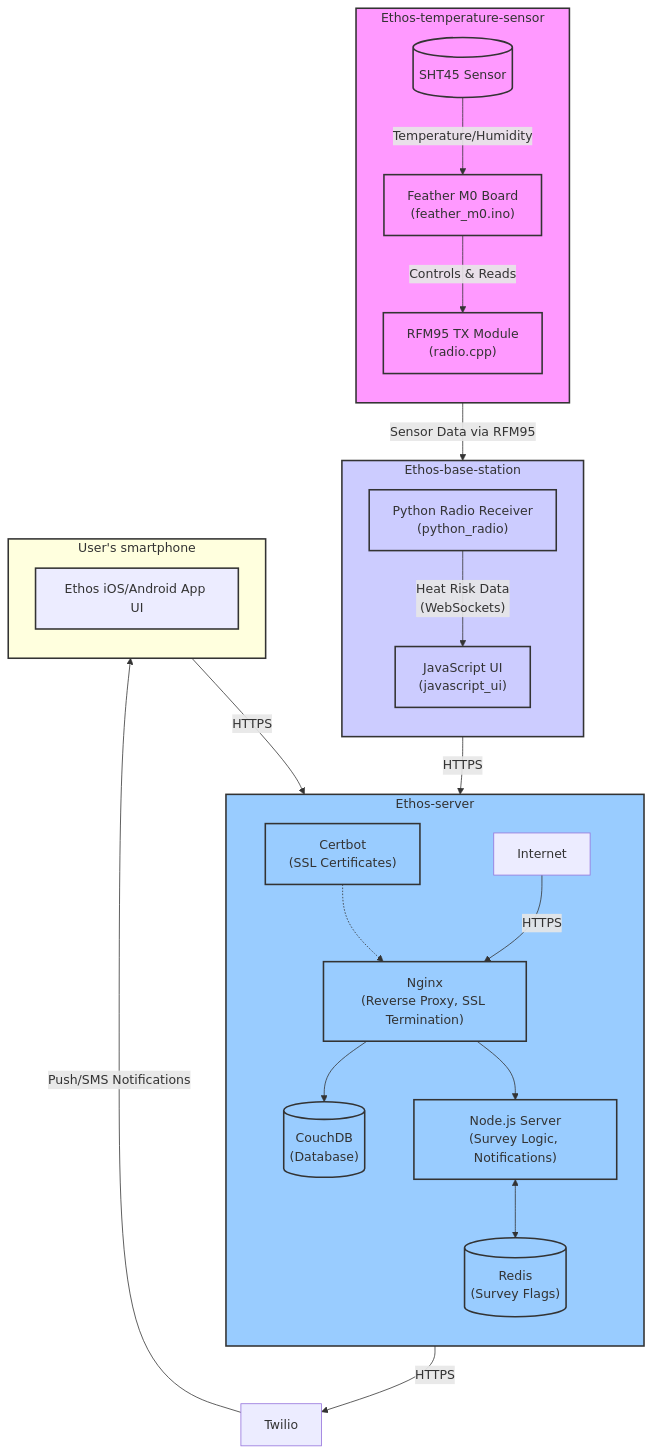
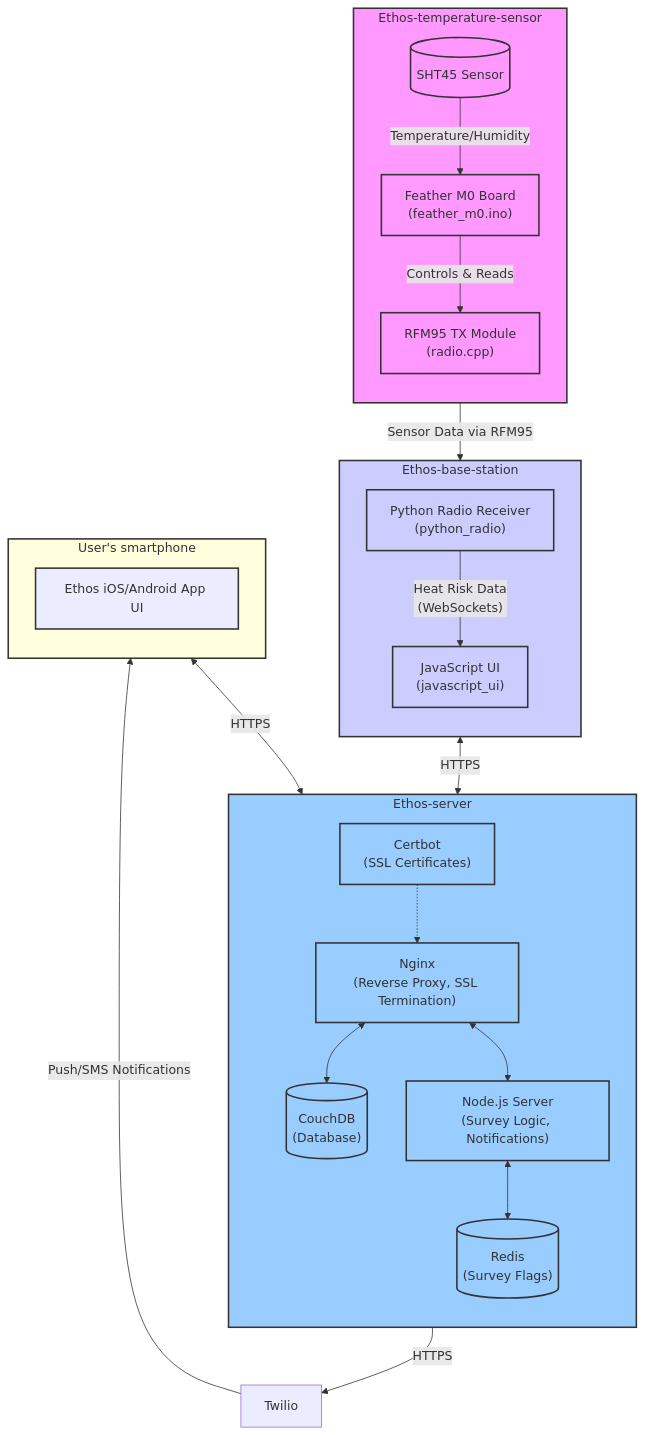
The diagram in docs/index.md (climate-ethos/ethos-overview-documentation), drawn with Mermaid before and after one commit.

Commit message:
Arrow tweaks

````diff
--- a/docs/index.md
+++ b/docs/index.md
@@ -20,69 +20,68 @@
 ``` mermaid
 graph TD
     %% External Elements
     twilio[Twilio]
 
     %% Ethos-temperature-sensor
     subgraph ETS [Ethos-temperature-sensor]
         direction TB
         sht45[("SHT45 Sensor")]
         feather_m0["Feather M0 Board<br>(feather_m0.ino)"]
         radio_tx["RFM95 TX Module<br>(radio.cpp)"]
 
         sht45 -- Temperature/Humidity --> feather_m0
         feather_m0 -- Controls & Reads --> radio_tx
     end
 
     %% Ethos-base-station
     subgraph EBS [Ethos-base-station]
         direction TB
         bs_python_radio["Python Radio Receiver<br>(python_radio)"]
         bs_js_ui["JavaScript UI<br>(javascript_ui)"]
 
         bs_python_radio -- "Heat Risk Data<br>(WebSockets)" --> bs_js_ui
     end
 
     %% Ethos-server (Dockerized)
     subgraph ES [Ethos-server]
         direction TB
         srv_nginx["Nginx<br>(Reverse Proxy, SSL Termination)"]
         srv_certbot["Certbot<br>(SSL Certificates)"]
         srv_couchdb[("CouchDB<br>(Database)")]
         srv_nodejs["Node.js Server<br>(Survey Logic, Notifications)"]
         srv_redis[("Redis<br>(Survey Flags)")]
 
         srv_certbot -.-> srv_nginx
-        Internet -- HTTPS --> srv_nginx
-        srv_nginx --> srv_couchdb
-        srv_nginx --> srv_nodejs
+        srv_nginx <--> srv_couchdb
+        srv_nginx <--> srv_nodejs
         srv_nodejs <--> srv_redis
     end
 
     %% Ethos-smartphone-app (Optional)
     subgraph EApp ["User's smartphone"]
         direction TB
         app_ui["Ethos iOS/Android App UI"]
     end
 
     %% Connections
     radio_tx -- "Sensor Data via RFM95" --> bs_python_radio
 
-    bs_js_ui -- "HTTPS" --> srv_nginx
+    bs_js_ui <-- "HTTPS" --> srv_nginx
 
     srv_nodejs -- "HTTPS" --> twilio
     twilio -- "Push/SMS Notifications" --> EApp
 
-    app_ui -- "HTTPS" --> srv_nginx
+    app_ui <-- "HTTPS" --> srv_nginx
 
     %% Styling (Optional - for better visual distinction if supported well)
     classDef sensor fill:#f9f,stroke:#333,stroke-width:2px;
     classDef basestation fill:#ccf,stroke:#333,stroke-width:2px;
     classDef server_component fill:#9cf,stroke:#333,stroke-width:2px;
     classDef app fill:#lightgreen,stroke:#333,stroke-width:2px;
     classDef external fill:#eee,stroke:#333,stroke-width:2px;
 
     class ETS,sht45,feather_m0,radio_tx sensor;
     class EBS,bs_python_radio,bs_js_ui basestation;
     class ES,srv_nginx,srv_certbot,srv_couchdb,srv_nodejs,srv_redis server_component;
     class EApp,app_ui app;
 ```
````
